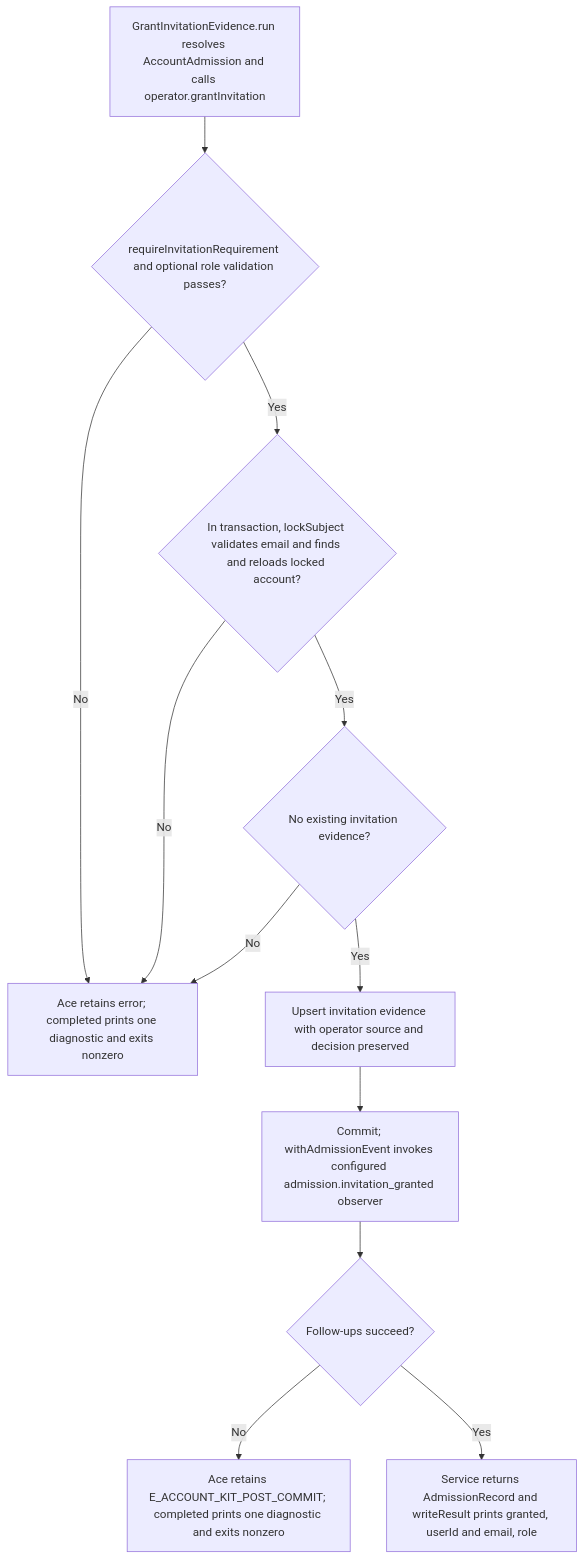
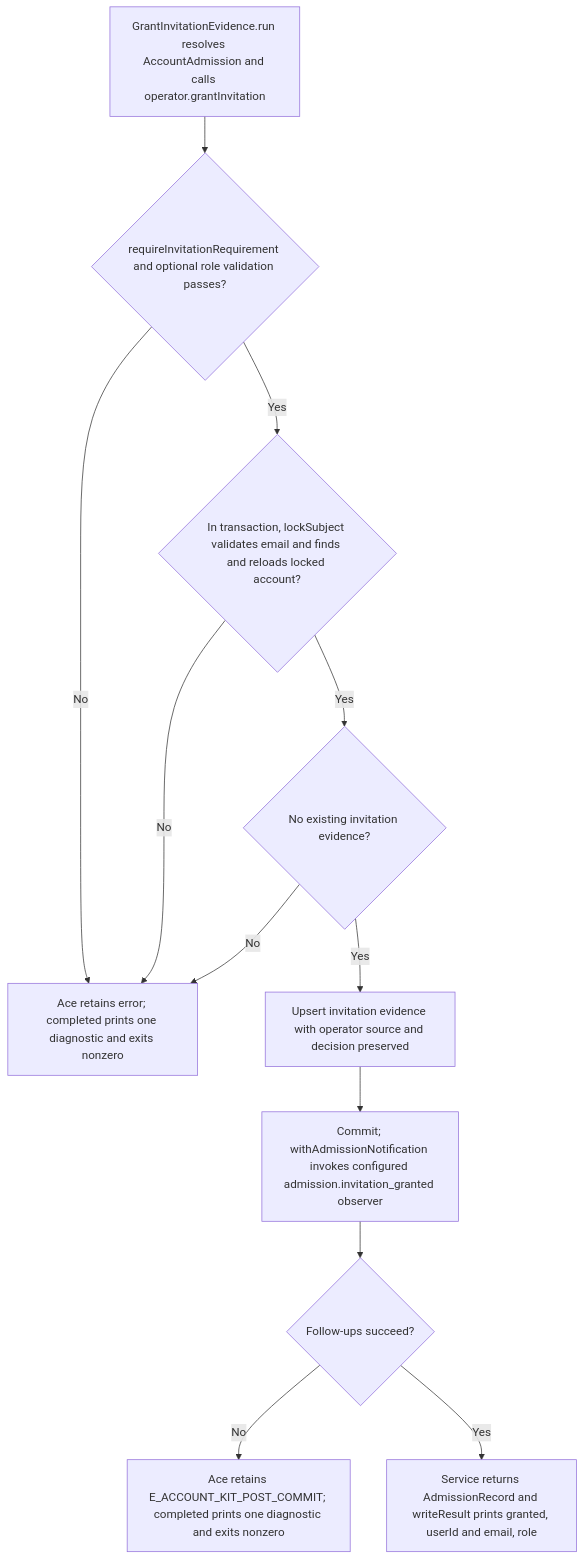
One commit to Kevinjohn/oss-adonisjs-account-kit changed the second of 2 diagrams in user-stories/US-ACCOUNT-48-grant-admission-invitation-evidence.md. Above: the diagram before and after it, drawn with Mermaid. The commit also changed 16 other files, not shown here.

````diff
--- a/user-stories/US-ACCOUNT-48-grant-admission-invitation-evidence.md
+++ b/user-stories/US-ACCOUNT-48-grant-admission-invitation-evidence.md
@@ -34,14 +34,14 @@
 ```mermaid
 flowchart TD
  A["GrantInvitationEvidence.run resolves AccountAdmission and calls operator.grantInvitation"] --> B{"requireInvitationRequirement and optional role validation passes?"}
  B -->|No| X["Ace retains error; completed prints one diagnostic and exits nonzero"]
  B -->|Yes| C{"In transaction, lockSubject validates email and finds and reloads locked account?"}
  C -->|No| X
  C -->|Yes| D{"No existing invitation evidence?"}
  D -->|No| X
  D -->|Yes| E["Upsert invitation evidence with operator source and decision preserved"]
- E --> F["Commit; withAdmissionEvent invokes configured admission.invitation_granted observer"]
+ E --> F["Commit; withAdmissionNotification invokes configured admission.invitation_granted observer"]
  F --> G{"Follow-ups succeed?"}
  G -->|No| H["Ace retains E_ACCOUNT_KIT_POST_COMMIT; completed prints one diagnostic and exits nonzero"]
  G -->|Yes| I["Service returns AdmissionRecord and writeResult prints granted, userId and email, role"]
 ```
````
